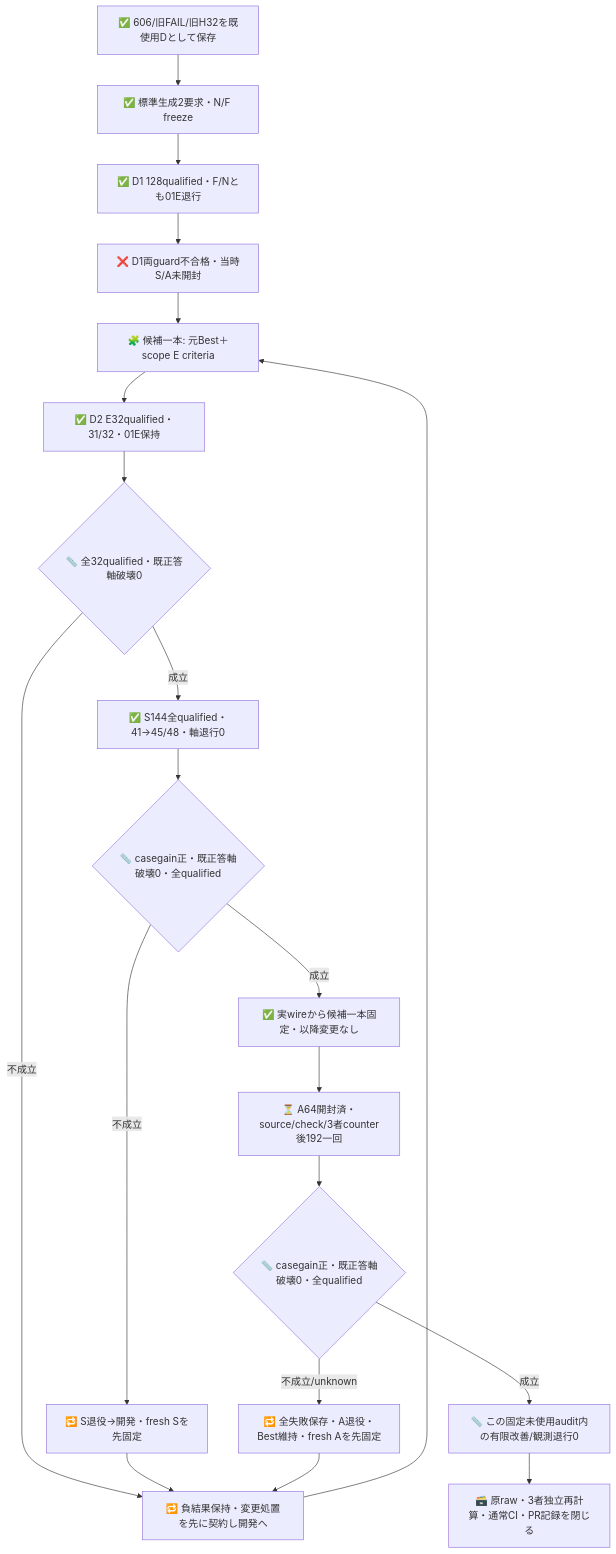
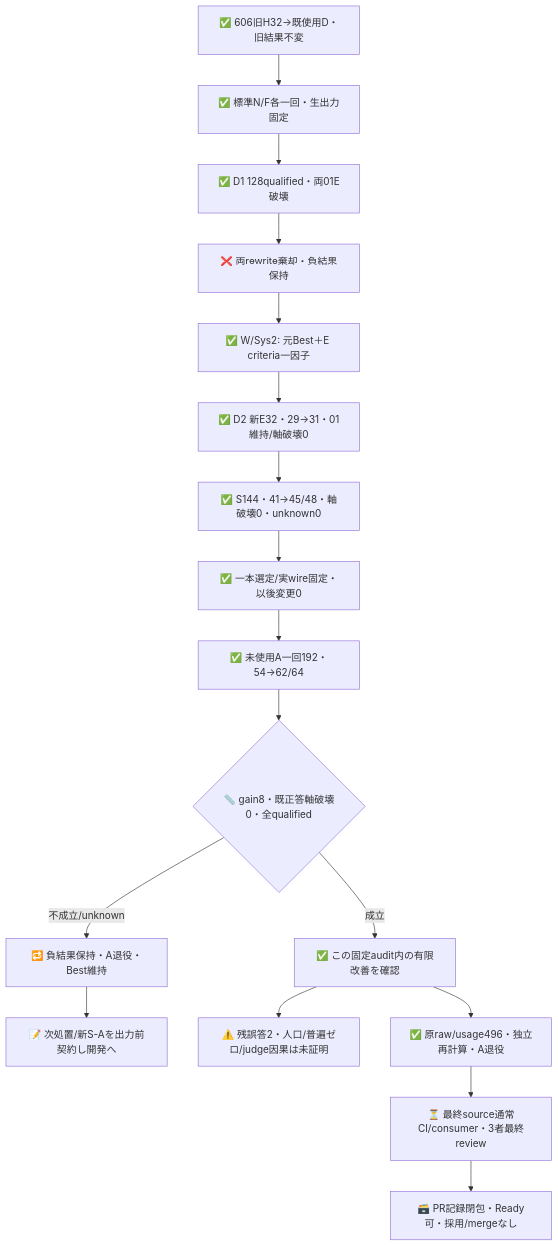
Before and after one commit to roccho-org/ops: the second of 2 diagrams in experiments/sys1-eval-loop/regression/README.md, drawn with Mermaid. The commit also changed other lines of this file and 9 other files, not shown here.

````diff
--- a/experiments/sys1-eval-loop/regression/README.md
+++ b/experiments/sys1-eval-loop/regression/README.md
@@ -72,22 +82,19 @@
 ```mermaid
 flowchart TB
-  A["✅ 606/旧FAIL/旧H32を既使用Dとして保存"] --> B["✅ 標準生成2要求・N/F freeze"]
-  B --> D1["✅ D1 128qualified・F/Nとも01E退行"]
-  D1 --> J1["❌ D1両guard不合格・当時S/A未開封"]
-  J1 --> C["🧩 候補一本: 元Best＋scope E criteria"]
-  C --> V["✅ D2 E32qualified・31/32・01E保持"]
-  V --> G{"📏 全32qualified・既正答軸破壊0"}
-  G -->|不成立| R["🔁 負結果保持・変更処置を先に契約し開発へ"]
-  R --> C
-  G -->|成立| S["✅ S144全qualified・41→45/48・軸退行0"]
-  S --> SG{"📏 casegain正・既正答軸破壊0・全qualified"}
-  SG -->|不成立| SD["🔁 S退役→開発・fresh Sを先固定"]
-  SD --> R
-  SG -->|成立| F["✅ 実wireから候補一本固定・以降変更なし"]
-  F --> H["⏳ A64開封済・source/check/3者counter後192一回"]
-  H --> Q{"📏 casegain正・既正答軸破壊0・全qualified"}
-  Q -->|成立| P["📏 この固定未使用audit内の有限改善/観測退行0"]
-  Q -->|不成立/unknown| N["🔁 全失敗保存・A退役・Best維持・fresh Aを先固定"]
-  N --> R
-  P --> Z["🗃️ 原raw・3者独立再計算・通常CI・PR記録を閉じる"]
+  P["✅ 606旧H32→既使用D・旧結果不変"] --> G["✅ 標準N/F各一回・生出力固定"]
+  G --> D1["✅ D1 128qualified・両01E破壊"]
+  D1 --> N["❌ 両rewrite棄却・負結果保持"]
+  N --> V["✅ W/Sys2: 元Best＋E criteria一因子"]
+  V --> D2["✅ D2 新E32・29→31・01維持/軸破壊0"]
+  D2 --> S["✅ S144・41→45/48・軸破壊0・unknown0"]
+  S --> F["✅ 一本選定/実wire固定・以後変更0"]
+  F --> A["✅ 未使用A一回192・54→62/64"]
+  A --> Q{"📏 gain8・既正答軸破壊0・全qualified"}
+  Q -->|成立| OK["✅ この固定audit内の有限改善を確認"]
+  Q -->|不成立/unknown| BAD["🔁 負結果保持・A退役・Best維持"]
+  BAD --> NEXT["📝 次処置/新S-Aを出力前契約し開発へ"]
+  OK --> LIMIT["⚠️ 残誤答2・人口/普遍ゼロ/judge因果は未証明"]
+  OK --> E["✅ 原raw/usage496・独立再計算・A退役"]
+  E --> CI["⏳ 最終source通常CI/consumer・3者最終review"]
+  CI --> END["🗃️ PR記録閉包・Ready可・採用/mergeなし"]
 ```
````
